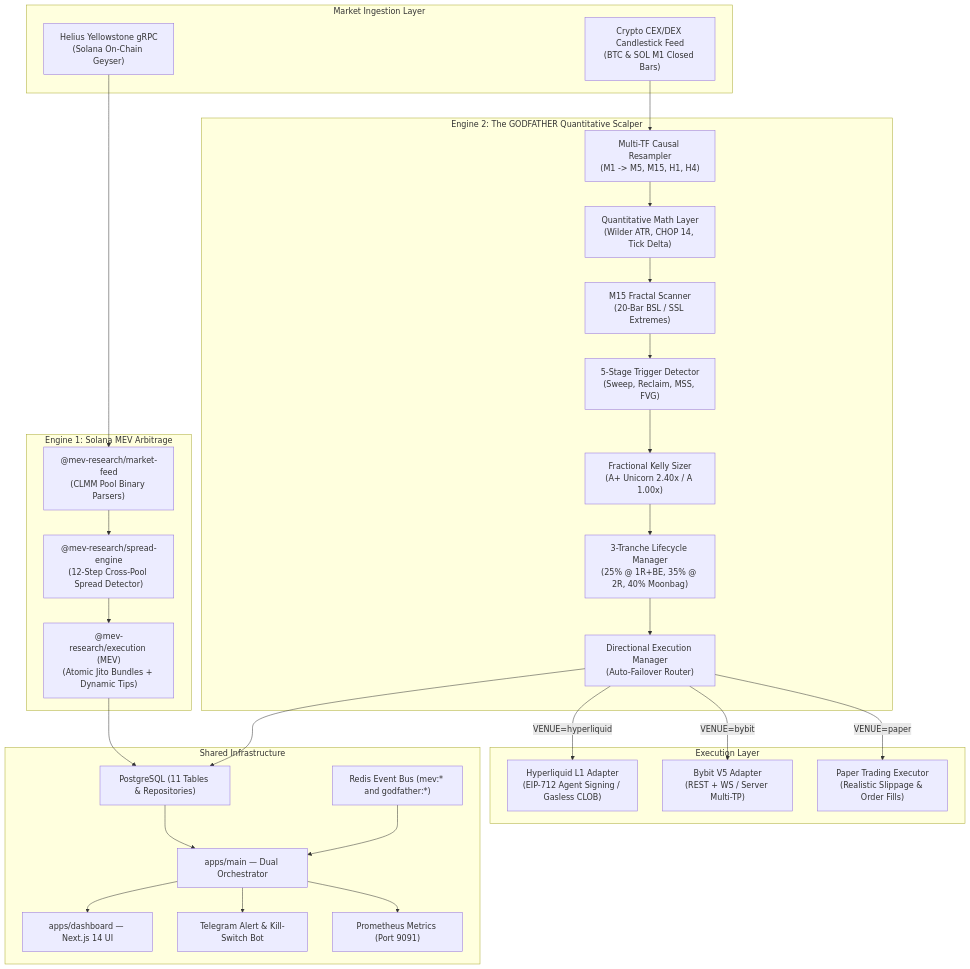
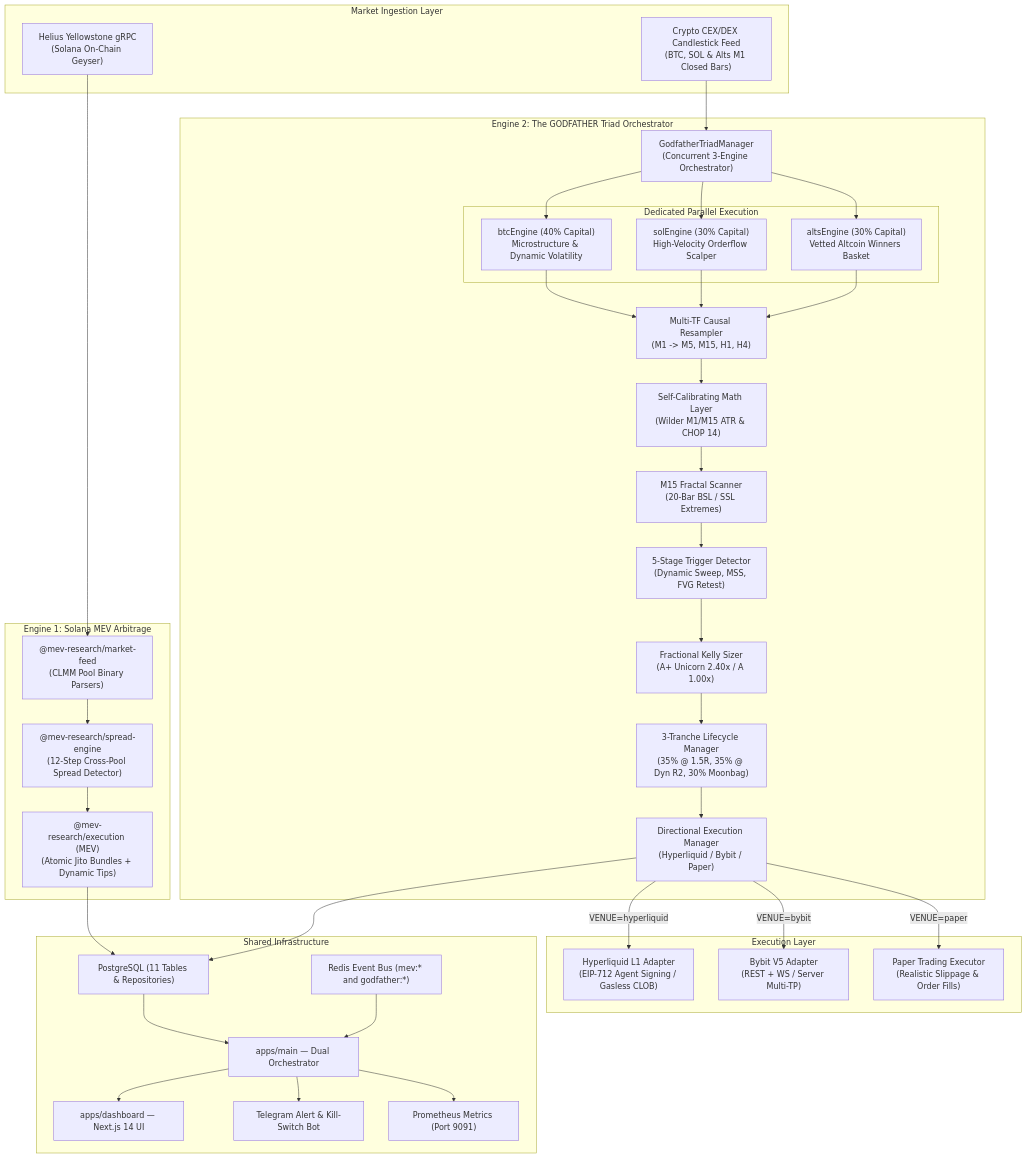
One commit to techsavvymohan/CryptoSniper changed the diagram in README.md. Above: the diagram before and after it, drawn with Mermaid. The commit also changed other lines of this file and 6 other files, not shown here.

Commit message:
docs: remove CI/CD and update all documentation to reflect Triad concurrent architecture, dynamic math, and hardened orderflow

````diff
--- a/README.md
+++ b/README.md
@@ -39,55 +39,63 @@
 ```mermaid
 flowchart TB
   subgraph MarketData [Market Ingestion Layer]
     Helius["Helius Yellowstone gRPC<br/>(Solana On-Chain Geyser)"]
-    CryptoWS["Crypto CEX/DEX Candlestick Feed<br/>(BTC & SOL M1 Closed Bars)"]
+    CryptoWS["Crypto CEX/DEX Candlestick Feed<br/>(BTC, SOL & Alts M1 Closed Bars)"]
   end
 
   subgraph Engine1 [Engine 1: Solana MEV Arbitrage]
     MarketFeed["@mev-research/market-feed<br/>(CLMM Pool Binary Parsers)"]
     SpreadEngine["@mev-research/spread-engine<br/>(12-Step Cross-Pool Spread Detector)"]
     JitoExec["@mev-research/execution (MEV)<br/>(Atomic Jito Bundles + Dynamic Tips)"]
   end
 
-  subgraph Engine2 [Engine 2: The GODFATHER Quantitative Scalper]
+  subgraph Engine2 [Engine 2: The GODFATHER Triad Orchestrator]
+    TriadMgr["GodfatherTriadManager<br/>(Concurrent 3-Engine Orchestrator)"]
+    subgraph ParallelEngines [Dedicated Parallel Execution]
+      BtcEng["btcEngine (40% Capital)<br/>Microstructure & Dynamic Volatility"]
+      SolEng["solEngine (30% Capital)<br/>High-Velocity Orderflow Scalper"]
+      AltsEng["altsEngine (30% Capital)<br/>Vetted Altcoin Winners Basket"]
+    end
     CandleAgg["Multi-TF Causal Resampler<br/>(M1 -> M5, M15, H1, H4)"]
-    QuantIndicators["Quantitative Math Layer<br/>(Wilder ATR, CHOP 14, Tick Delta)"]
+    DynamicQuant["Self-Calibrating Math Layer<br/>(Wilder M1/M15 ATR & CHOP 14)"]
     StructureDetector["M15 Fractal Scanner<br/>(20-Bar BSL / SSL Extremes)"]
-    TriggerEngine["5-Stage Trigger Detector<br/>(Sweep, Reclaim, MSS, FVG)"]
+    TriggerEngine["5-Stage Trigger Detector<br/>(Dynamic Sweep, MSS, FVG Retest)"]
     RiskSizer["Fractional Kelly Sizer<br/>(A+ Unicorn 2.40x / A 1.00x)"]
-    TrancheManager["3-Tranche Lifecycle Manager<br/>(25% @ 1R+BE, 35% @ 2R, 40% Moonbag)"]
-    ExecRouter["Directional Execution Manager<br/>(Auto-Failover Router)"]
+    TrancheManager["3-Tranche Lifecycle Manager<br/>(35% @ 1.5R, 35% @ Dyn R2, 30% Moonbag)"]
+    ExecRouter["Directional Execution Manager<br/>(Hyperliquid / Bybit / Paper)"]
   end
 
   subgraph ExecutionVenues [Execution Layer]
     HL["Hyperliquid L1 Adapter<br/>(EIP-712 Agent Signing / Gasless CLOB)"]
     Bybit["Bybit V5 Adapter<br/>(REST + WS / Server Multi-TP)"]
     Paper["Paper Trading Executor<br/>(Realistic Slippage & Order Fills)"]
   end
 
   subgraph Infra [Shared Infrastructure]
     DB["PostgreSQL (11 Tables & Repositories)"]
     Redis["Redis Event Bus (mev:* and godfather:*)"]
     Main["apps/main — Dual Orchestrator"]
     Dashboard["apps/dashboard — Next.js 14 UI"]
     TG["Telegram Alert & Kill-Switch Bot"]
     Prom["Prometheus Metrics (Port 9091)"]
   end
 
   %% Flow Engine 1
   Helius --> MarketFeed --> SpreadEngine --> JitoExec
   %% Flow Engine 2
-  CryptoWS --> CandleAgg --> QuantIndicators --> StructureDetector --> TriggerEngine --> RiskSizer --> TrancheManager --> ExecRouter
+  CryptoWS --> TriadMgr
+  TriadMgr --> BtcEng & SolEng & AltsEng
+  BtcEng & SolEng & AltsEng --> CandleAgg --> DynamicQuant --> StructureDetector --> TriggerEngine --> RiskSizer --> TrancheManager --> ExecRouter
   ExecRouter -->|VENUE=hyperliquid| HL
   ExecRouter -->|VENUE=bybit| Bybit
   ExecRouter -->|VENUE=paper| Paper
 
   %% Shared links
   JitoExec --> DB
   ExecRouter --> DB
   DB --> Main
   Redis --> Main
   Main --> Dashboard
   Main --> TG
   Main --> Prom
 ```
````
